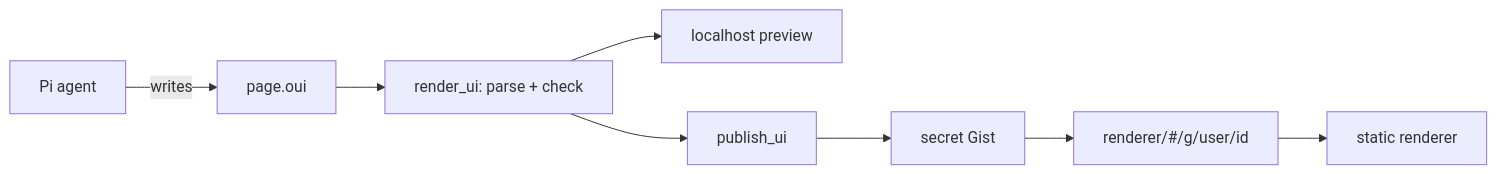
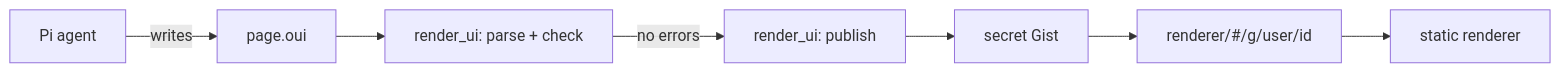
One commit to ssiyad/pi-oui changed the diagram in docs/design.md. Above: the diagram before and after it, drawn with Mermaid. The commit also changed other lines of this file and 24 other files, not shown here.

First line of the commit message:
feat!: publish pages from render_ui and remove the local preview

````diff
--- a/docs/design.md
+++ b/docs/design.md
@@ -49,9 +52,8 @@
 ```mermaid
 flowchart LR
     Agent["Pi agent"] -->|writes| Page["page.oui"]
     Page --> Check["render_ui: parse + check"]
-    Check --> Preview["localhost preview"]
-    Check --> Publish["publish_ui"]
+    Check -->|no errors| Publish["render_ui: publish"]
     Publish --> Gist["secret Gist"] --> Link["renderer/#/g/user/id"]
     Link --> Renderer["static renderer"]
 ```
````
